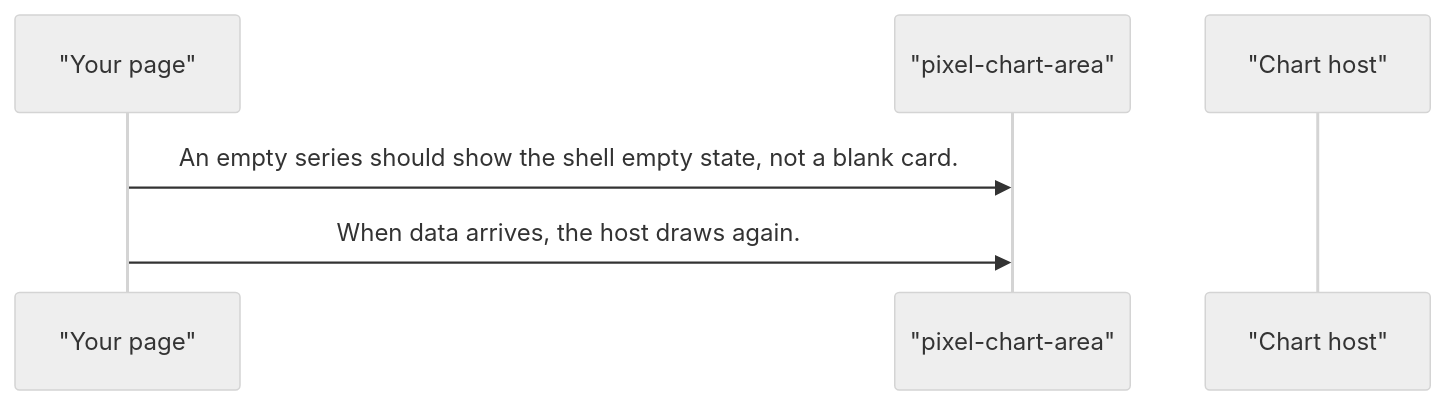
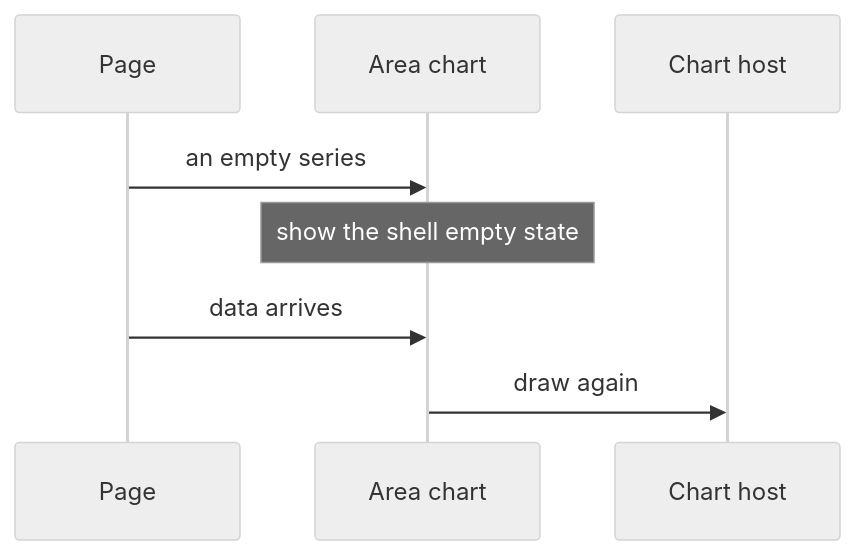
One commit to RajshekharBorate/pixel-ui changed the third of 4 diagrams in projects/pixel-ui/src/lib/pixel-chart-area/DESIGN.md. Above: the diagram before and after it, drawn with Mermaid (neutral theme). The commit also changed other lines of this file and 73 other files, not shown here.

Commit message:
Explain who owns each value and what each flow does in every component and service design.

````diff
--- a/projects/pixel-ui/src/lib/pixel-chart-area/DESIGN.md
+++ b/projects/pixel-ui/src/lib/pixel-chart-area/DESIGN.md
@@ -63,8 +83,10 @@
 ```mermaid
 sequenceDiagram
-  participant page as "Your page"
-  participant plot as "pixel-chart-area"
-  participant host as "Chart host"
-  page->>plot: An empty series should show the shell empty state, not a blank card.
-  page->>plot: When data arrives, the host draws again.
+  participant Page
+  participant Plot as Area chart
+  participant Host as Chart host
+  Page->>Plot: an empty series
+  Note over Plot: show the shell empty state
+  Page->>Plot: data arrives
+  Plot->>Host: draw again
 ```
````
